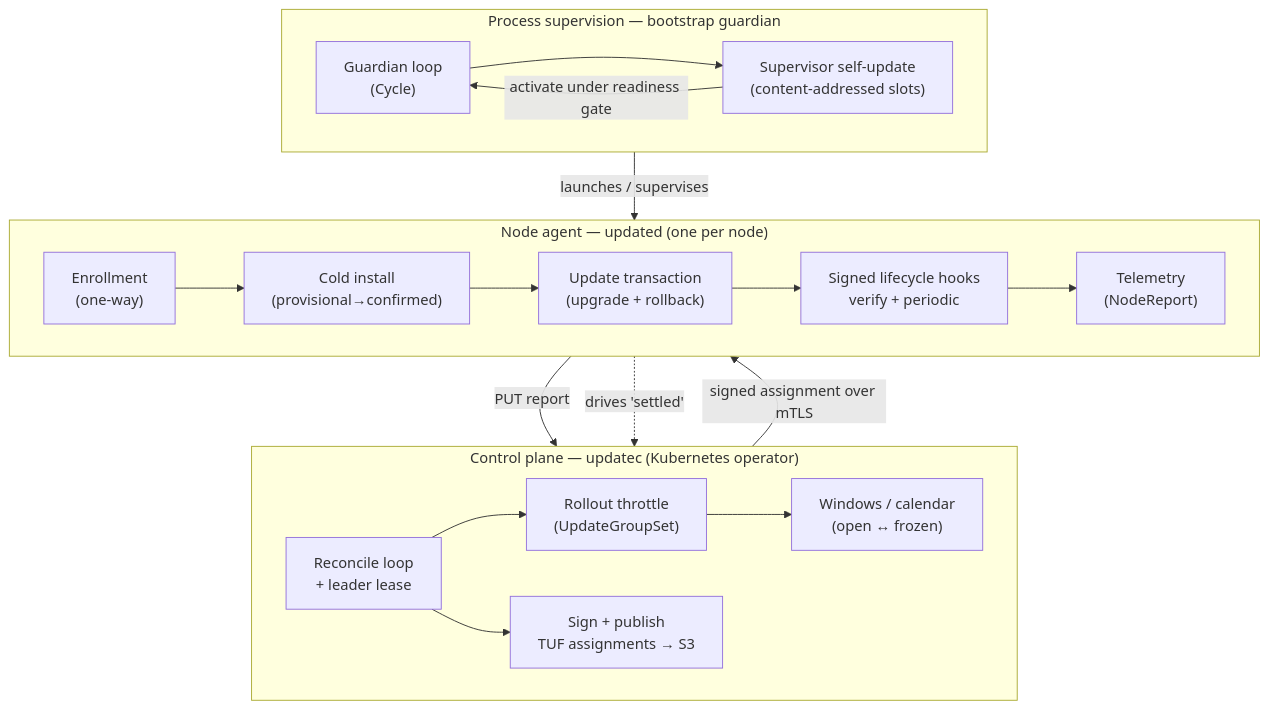
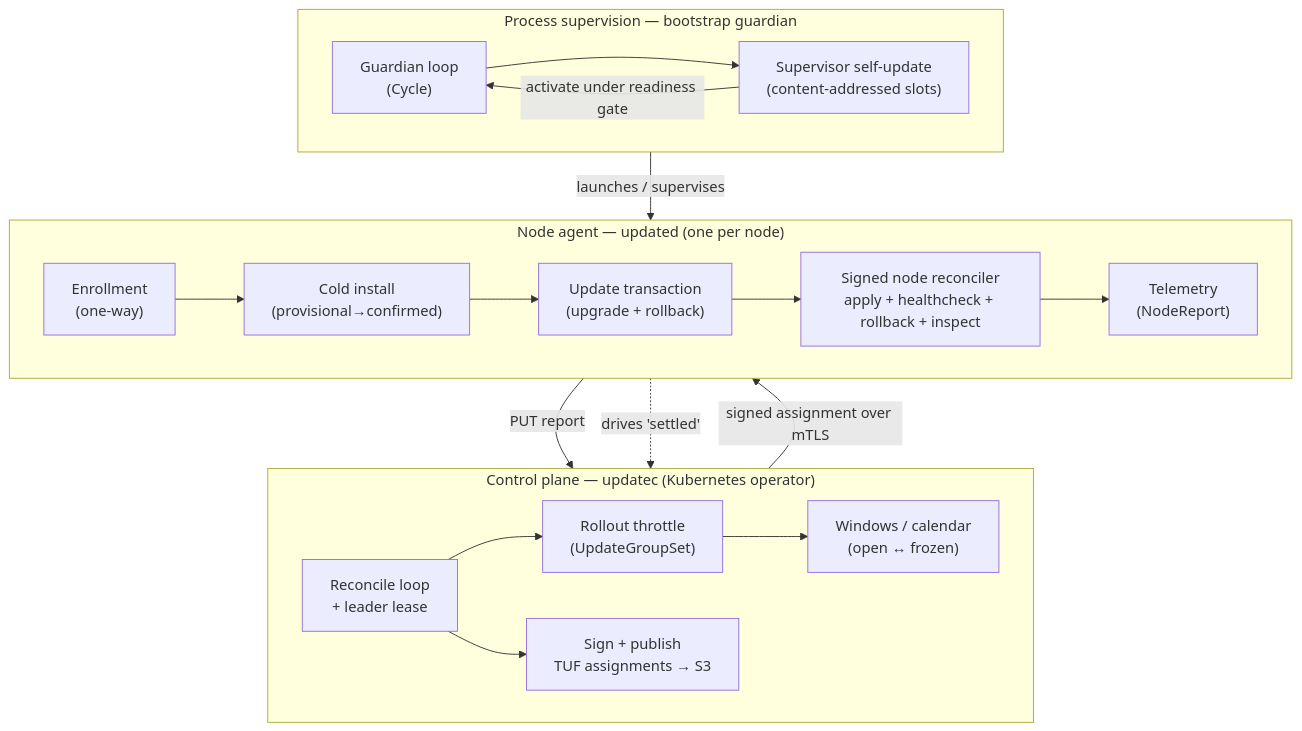
The first of 13 diagrams in docs/state-machines.md (evan-hines-js/updatedc), drawn with Mermaid before and after one commit. The commit also changed other lines of this file and 66 other files, not shown here.

````diff
--- a/docs/state-machines.md
+++ b/docs/state-machines.md
@@ -12,26 +12,26 @@
 ```mermaid
 flowchart TB
     subgraph CP["Control plane — updatec (Kubernetes operator)"]
         direction LR
         RL["Reconcile loop<br/>+ leader lease"] --> TH["Rollout throttle<br/>(UpdateGroupSet)"]
         TH --> WIN["Windows / calendar<br/>(open ↔ frozen)"]
         RL --> PUB["Sign + publish<br/>TUF assignments → S3"]
     end
     subgraph NODE["Node agent — updated (one per node)"]
         direction LR
         ENR["Enrollment<br/>(one-way)"] --> INST["Cold install<br/>(provisional→confirmed)"]
         INST --> UPD["Update transaction<br/>(upgrade + rollback)"]
-        UPD --> HOOKS["Signed lifecycle hooks<br/>verify + periodic"]
+        UPD --> HOOKS["Signed node reconciler<br/>apply + healthcheck + rollback + inspect"]
         HOOKS --> TEL["Telemetry<br/>(NodeReport)"]
     end
     subgraph GUARD["Process supervision — bootstrap guardian"]
         direction LR
         GS["Guardian loop<br/>(Cycle)"] --> SU["Supervisor self-update<br/>(content-addressed slots)"]
     end
 
     PUB -->|signed assignment over mTLS| ENR
     TEL -->|PUT report| PUB
     TEL -.->|drives 'settled'| TH
     GS -->|launches / supervises| UPD
     SU -->|activate under readiness gate| GS
 ```
````
